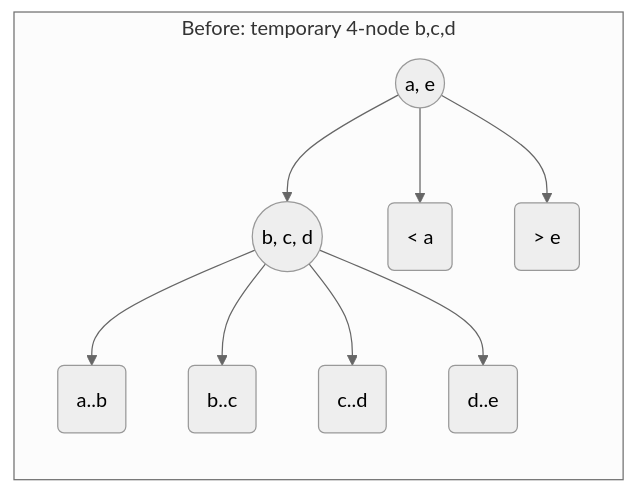
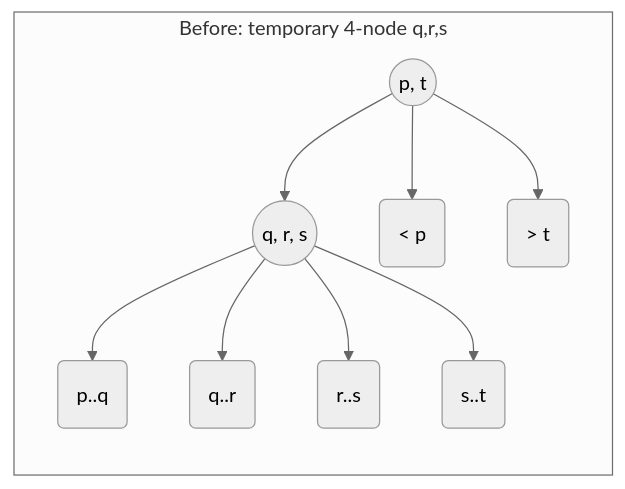
Before and after one commit to tmtxt/tmtxt.github.com: the third of 5 diagrams in _drafts/2018-09-24-2-3-search-trees.md, drawn with Mermaid (neutral theme). The commit also changed other lines of this file, not shown here.

```diff
--- a/_drafts/2018-09-24-2-3-search-trees.md
+++ b/_drafts/2018-09-24-2-3-search-trees.md
@@ -148,13 +148,13 @@
 <div class="mermaid">
 graph TD
-  subgraph Before["Before: temporary 4-node b,c,d"]
+  subgraph Before["Before: temporary 4-node q,r,s"]
     direction TB
-    AE(("a, e")) --> BCD(("b, c, d"))
-    AE --> L1("&lt; a")
-    AE --> L6("&gt; e")
-    BCD --> L2("a..b")
-    BCD --> L3("b..c")
-    BCD --> L4("c..d")
-    BCD --> L5("d..e")
+    PT(("p, t")) --> QRS(("q, r, s"))
+    PT --> L1("&lt; p")
+    PT --> L6("&gt; t")
+    QRS --> L2("p..q")
+    QRS --> L3("q..r")
+    QRS --> L4("r..s")
+    QRS --> L5("s..t")
   end
 </div>
```
